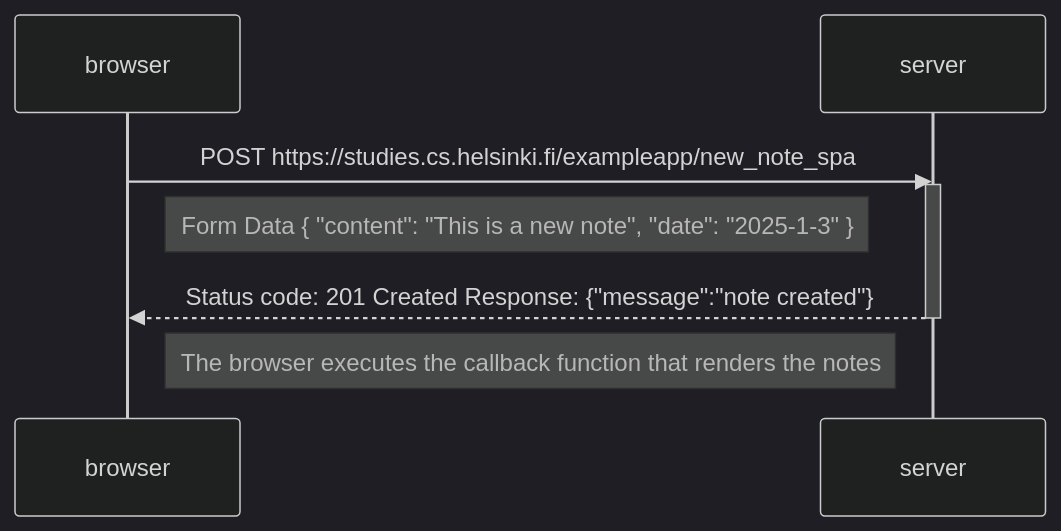
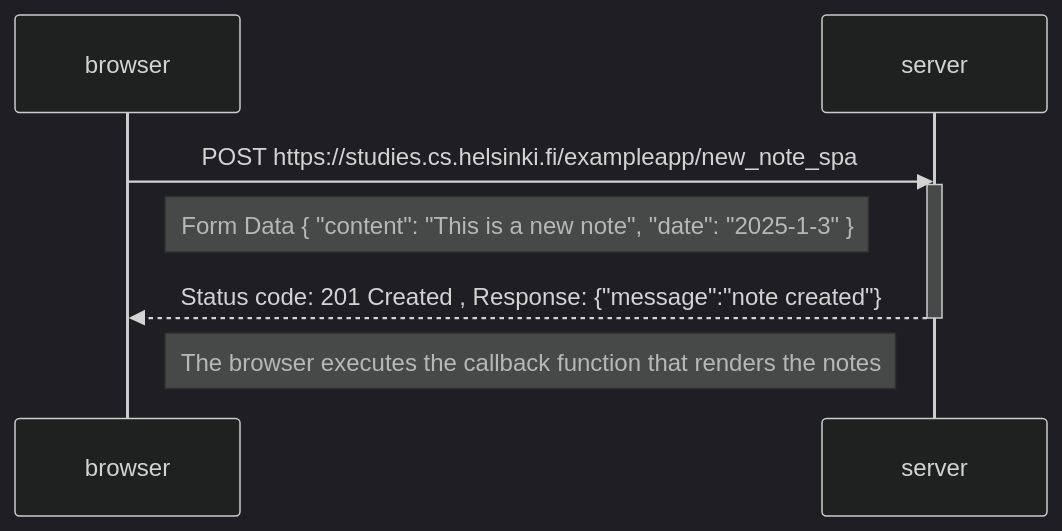
Before and after one commit to libardoescalanterojas/fullstackopen_Course: the diagram in part0/0_6 New note in Single page app diagram.md, drawn with Mermaid (dark theme).

Commit message:
Update 0_6 New note in Single page app diagram.md

````diff
--- a/part0/0_6 New note in Single page app diagram.md
+++ b/part0/0_6 New note in Single page app diagram.md
@@ -18,14 +18,14 @@
 ```mermaid
 sequenceDiagram
     participant browser
     participant server
 
     browser->>server: POST https://studies.cs.helsinki.fi/exampleapp/new_note_spa  
     activate server
     Note right of browser: Form Data { "content": "This is a new note", "date": "2025-1-3" }
-    server-->>browser: Status code: 201 Created   Response: {"message":"note created"}
+    server-->>browser: Status code: 201 Created ,  Response: {"message":"note created"}
     deactivate server
 
     Note right of browser: The browser executes the callback function that renders the notes
 
 ```
````
